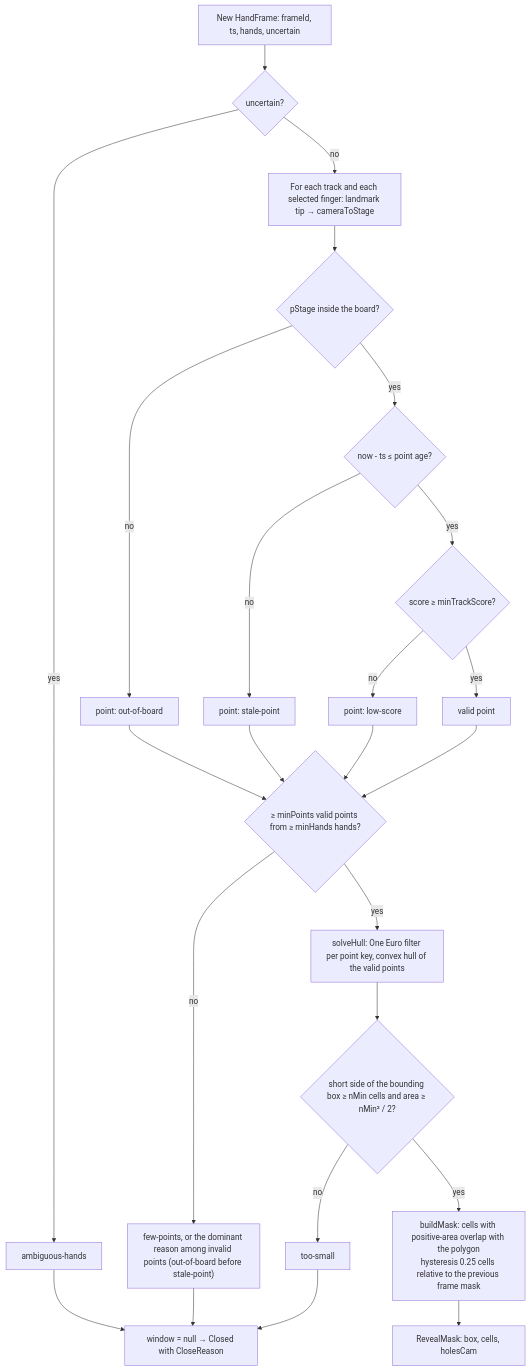
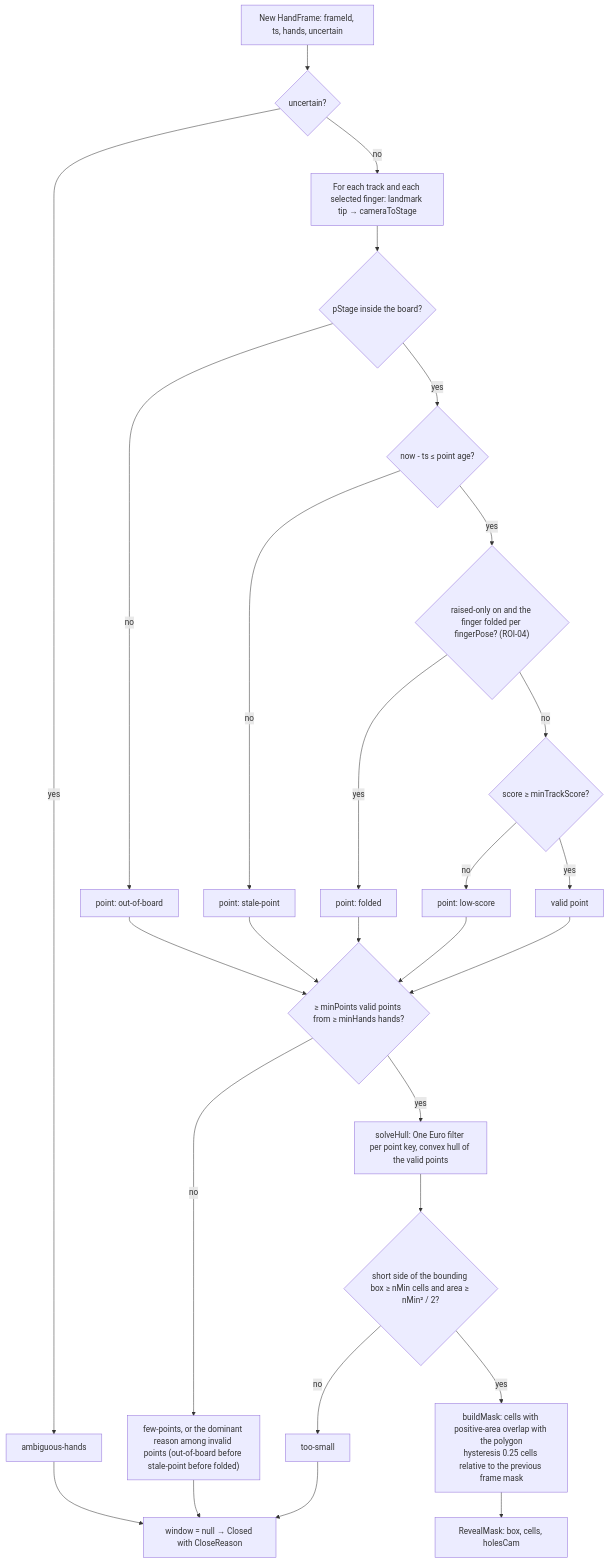
Before and after one commit to Lorah101204/Finger_And_Face_Tracking: the tenth of 18 diagrams in docs/WORK-BREAKDOWN.md, drawn with Mermaid. The commit also changed other lines of this file and 50 other files, not shown here.

````diff
--- a/docs/WORK-BREAKDOWN.md
+++ b/docs/WORK-BREAKDOWN.md
@@ -593,25 +595,28 @@
 ```mermaid
 flowchart TD
   HF["New HandFrame: frameId, ts, hands, uncertain"] --> U{"uncertain?"}
   U -- yes --> R1["ambiguous-hands"]
   U -- no --> S["For each track and each selected finger: landmark tip → cameraToStage"]
   S --> B{"pStage inside the board?"}
   B -- no --> X1["point: out-of-board"]
   B -- yes --> FR{"now - ts ≤ point age?"}
   FR -- no --> X2["point: stale-point"]
-  FR -- yes --> SC{"score ≥ minTrackScore?"}
+  FR -- yes --> RZ{"raised-only on and the finger folded per fingerPose? (ROI-04)"}
+  RZ -- yes --> X4["point: folded"]
+  RZ -- no --> SC{"score ≥ minTrackScore?"}
   SC -- no --> X3["point: low-score"]
   SC -- yes --> OK["valid point"]
   X1 --> ALL
   X2 --> ALL
   X3 --> ALL
+  X4 --> ALL
   OK --> ALL{"≥ minPoints valid points from ≥ minHands hands?"}
-  ALL -- no --> R2["few-points, or the dominant reason among invalid points (out-of-board before stale-point)"]
+  ALL -- no --> R2["few-points, or the dominant reason among invalid points (out-of-board before stale-point before folded)"]
   R1 --> CLOSE["window = null → Closed with CloseReason"]
   R2 --> CLOSE
   ALL -- yes --> SOLVE["solveHull: One Euro filter per point key, convex hull of the valid points"]
   SOLVE --> SZ{"short side of the bounding box ≥ nMin cells and area ≥ nMin² / 2?"}
   SZ -- no --> R5["too-small"] --> CLOSE
   SZ -- yes --> RAS["buildMask: cells with positive-area overlap with the polygon<br/>hysteresis 0.25 cells relative to the previous frame mask"]
   RAS --> WIN["RevealMask: box, cells, holesCam"]
 ```
````
